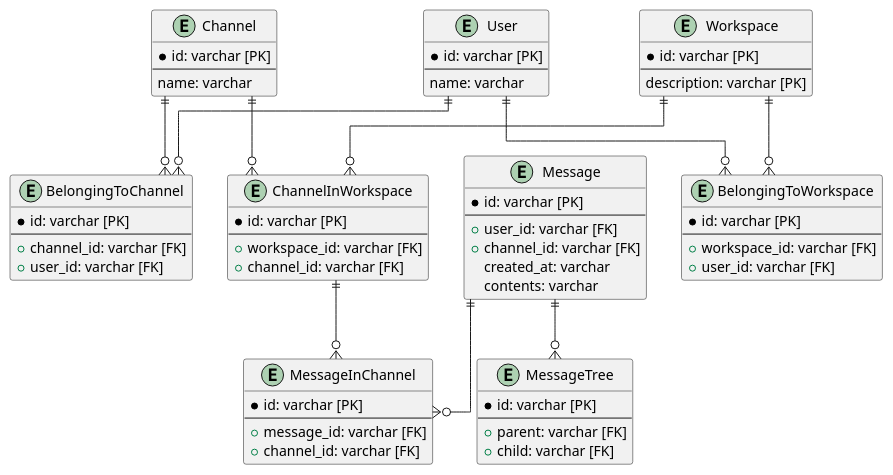
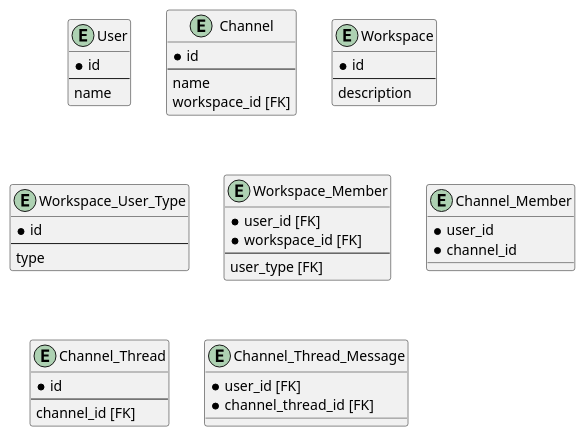
Before and after one commit to shimopino/praha-challenges: the diagram in database/30_modeling2/assets/chat.pu, drawn with PlantUML.

Commit message:
docs: Slackのリソース系モデルを追加 #104

```diff
--- a/database/30_modeling2/assets/chat.pu
+++ b/database/30_modeling2/assets/chat.pu
@@ -1,78 +1,53 @@
 @startuml chat
 
 skinparam linetype ortho
 
 entity User {
-    * id: varchar [PK]
+    * id
     ---
-    name: varchar
-}
-
-entity Message {
-    * id: varchar [PK]
-    ---
-    + user_id: varchar [FK]
-    + channel_id: varchar [FK]
-    created_at: varchar
-    contents: varchar
-}
-
-entity MessageTree {
-    * id: varchar [PK]
-    ---
-    + parent: varchar [FK]
-    + child: varchar [FK]
+    name
 }
 
 entity Channel {
-    * id: varchar [PK]
+    * id
     ---
-    name: varchar
-}
-
-entity MessageInChannel {
-    * id: varchar [PK]
-    ---
-    + message_id: varchar [FK]
-    + channel_id: varchar [FK]
-}
-
-entity BelongingToChannel {
-    * id: varchar [PK]
-    ---
-    + channel_id: varchar [FK]
-    + user_id: varchar [FK]
+    name
+    workspace_id [FK]
 }
 
 entity Workspace {
-    * id: varchar [PK]
+    * id
     ---
-    description: varchar [PK]
+    description
 }
 
-entity BelongingToWorkspace {
-    * id: varchar [PK]
-    ---
-    + workspace_id: varchar [FK]
-    + user_id: varchar [FK]
+entity Workspace_User_Type {
+    * id
+    --
+    type
 }
 
-entity ChannelInWorkspace {
-    * id: varchar [PK]
-    ---
-    + workspace_id: varchar [FK]
-    + channel_id: varchar [FK]
+entity Workspace_Member {
+    * user_id [FK]
+    * workspace_id [FK]
+    --
+    user_type [FK]
 }
 
-User ||--o{ BelongingToChannel
-Channel ||--o{ BelongingToChannel
-User ||--o{ BelongingToWorkspace
-Workspace ||--o{ BelongingToWorkspace
-Channel ||--o{ ChannelInWorkspace
-Workspace ||--o{ ChannelInWorkspace
-Message ||--o{ MessageInChannel
-ChannelInWorkspace ||--o{ MessageInChannel
-Message ||--o{ MessageTree
+entity Channel_Member {
+    * user_id
+    * channel_id
+}
 
+entity Channel_Thread {
+    * id
+    --
+    channel_id [FK]
+}
+
+entity Channel_Thread_Message {
+    * user_id [FK]
+    * channel_thread_id [FK]
+}
 
 @enduml
```
